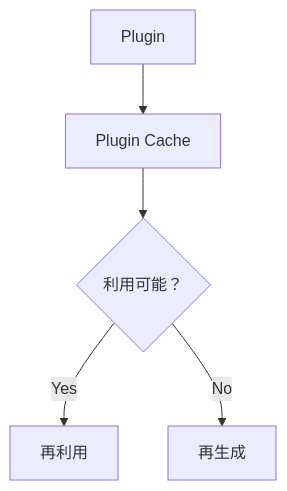
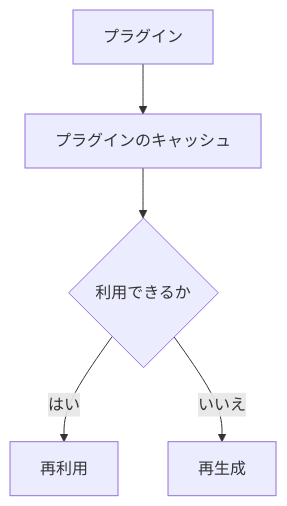
The ninth of 11 diagrams in docs/docs/reference/plugin-api.ja.md (Rerurate514/riebeckite), drawn with Mermaid before and after one commit. The commit also changed other lines of this file and 310 other files, not shown here.

````diff
--- a/docs/docs/reference/plugin-api.ja.md
+++ b/docs/docs/reference/plugin-api.ja.md
@@ -727,10 +636,10 @@
 ```mermaid
 flowchart TD
-    Plugin["Plugin"]
-    Cache["Plugin Cache"]
-    Valid{"利用可能？"}
+    Plugin["プラグイン"]
+    Cache["プラグインのキャッシュ"]
+    Valid{"利用できるか"}
     Plugin --> Cache
     Cache --> Valid
-    Valid -->|Yes| Reuse["再利用"]
-    Valid -->|No| Generate["再生成"]
+    Valid -->|"はい"| Reuse["再利用"]
+    Valid -->|"いいえ"| Generate["再生成"]
 ```
````
